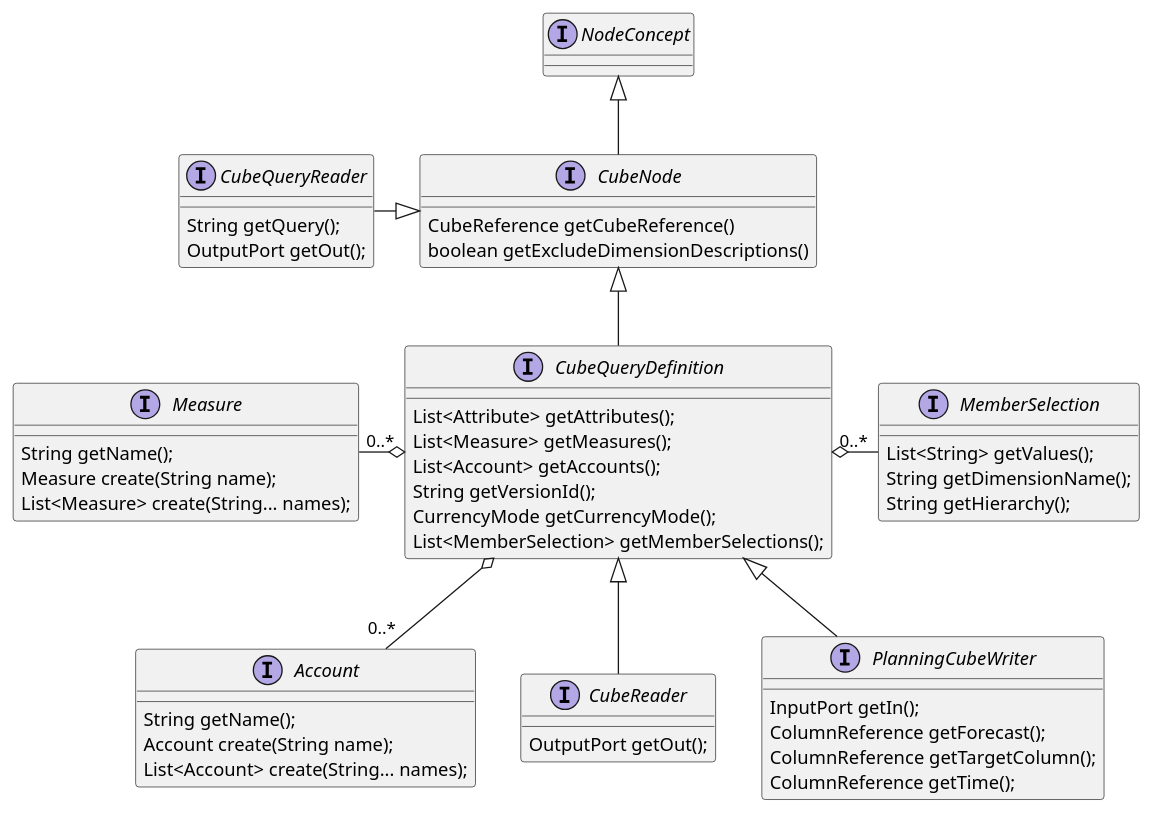
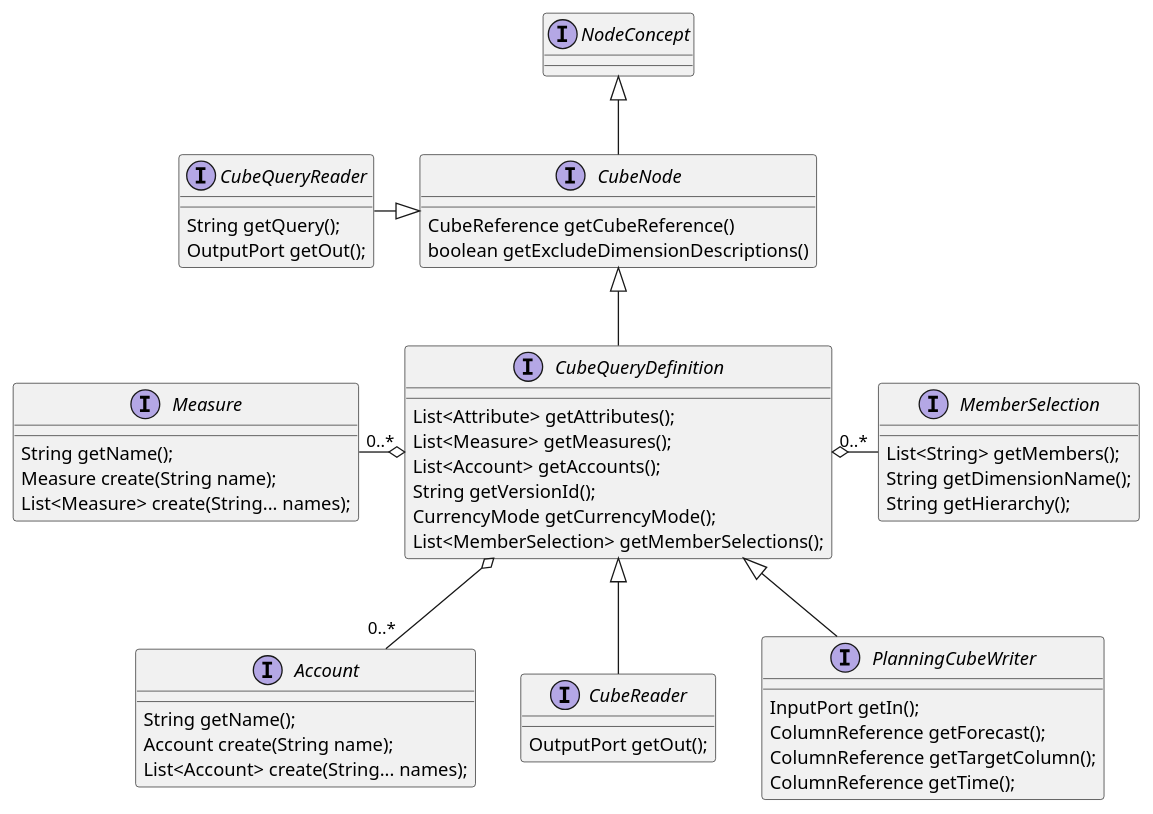
Before and after one commit to loutfinadir/uml: the diagram in pipeline-v3.wsd, drawn with PlantUML. The commit also changed 1 other file, not shown here.

```diff
--- a/pipeline-v3.wsd
+++ b/pipeline-v3.wsd
@@ -1,62 +1,62 @@
 @startuml
 
 interface NodeConcept
 
 interface CubeNode extends NodeConcept {
     CubeReference getCubeReference()
     boolean getExcludeDimensionDescriptions()
 }
 
 interface Account {
     String getName();
     Account create(String name);
     List<Account> create(String... names);
 }
 
 interface Measure {
     String getName();
     Measure create(String name);
     List<Measure> create(String... names);
 }
 
 interface CubeQueryDefinition extends CubeNode {
     List<Attribute> getAttributes();
     List<Measure> getMeasures();
     List<Account> getAccounts();
     String getVersionId();
     CurrencyMode getCurrencyMode();
     List<MemberSelection> getMemberSelections();
 }
 
 
 interface CubeReader extends CubeQueryDefinition {
     OutputPort getOut();
 }
 
 interface PlanningCubeWriter extends CubeQueryDefinition {
 
     InputPort getIn();
     ColumnReference getForecast();
     ColumnReference getTargetColumn();
     ColumnReference getTime();
 }
 
 interface CubeQueryReader{
     String getQuery();
    OutputPort getOut();
 }
 
 interface MemberSelection {
 
-	List<String> getValues();
+	List<String> getMembers();
 	
 	String getDimensionName();
 	String getHierarchy();
 }
 
 CubeQueryDefinition o-left- "0..*" Measure
 CubeQueryDefinition o-down- "0..*" Account
 CubeQueryDefinition o-right- "0..*" MemberSelection
 
 CubeQueryReader -|> CubeNode
 @enduml
```
